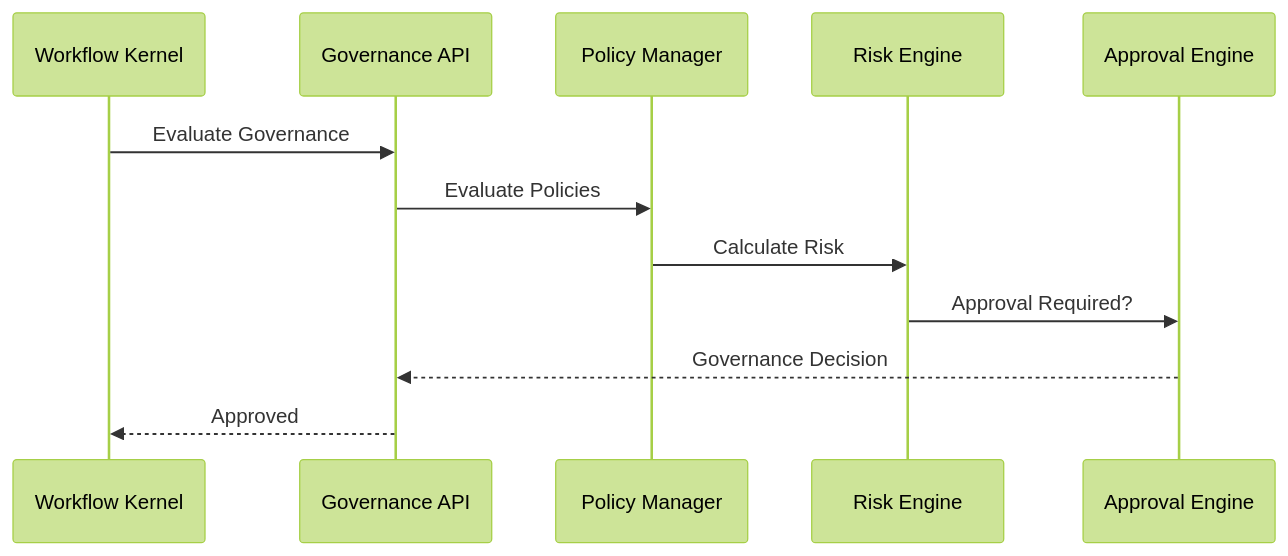
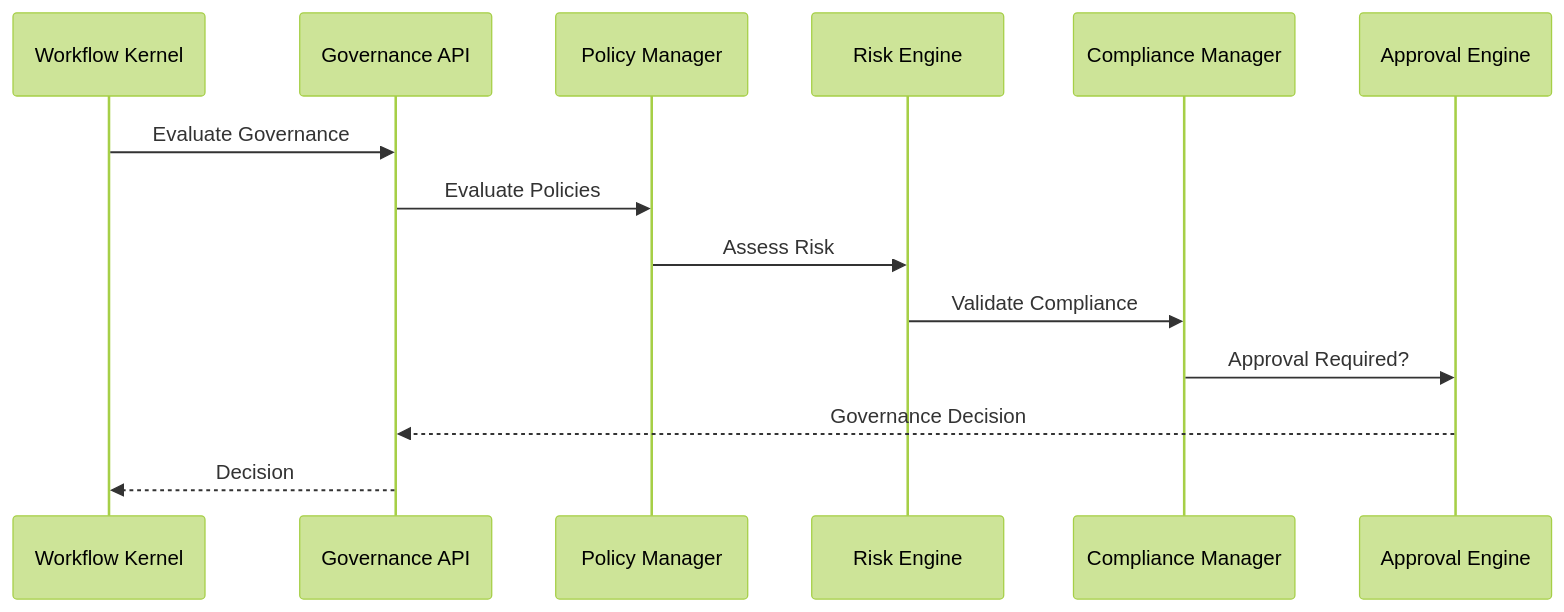
Before and after one commit to Tushar27-git/AiFactorydox: the second of 3 diagrams in docs/volume-04-governance/ads/028-Governance-Platform-v3.md, drawn with Mermaid (forest theme). The commit also changed other lines of this file, not shown here.

Commit message:
docs: complete ADS-028-v3 governance APIs events and contracts

````diff
--- a/docs/volume-04-governance/ads/028-Governance-Platform-v3.md
+++ b/docs/volume-04-governance/ads/028-Governance-Platform-v3.md
@@ -401,15 +401,17 @@
 ```mermaid
 sequenceDiagram
 
 Workflow Kernel->>Governance API: Evaluate Governance
 
 Governance API->>Policy Manager: Evaluate Policies
 
-Policy Manager->>Risk Engine: Calculate Risk
+Policy Manager->>Risk Engine: Assess Risk
 
-Risk Engine->>Approval Engine: Approval Required?
+Risk Engine->>Compliance Manager: Validate Compliance
+
+Compliance Manager->>Approval Engine: Approval Required?
 
 Approval Engine-->>Governance API: Governance Decision
 
-Governance API-->>Workflow Kernel: Approved
+Governance API-->>Workflow Kernel: Decision
 ```
````
